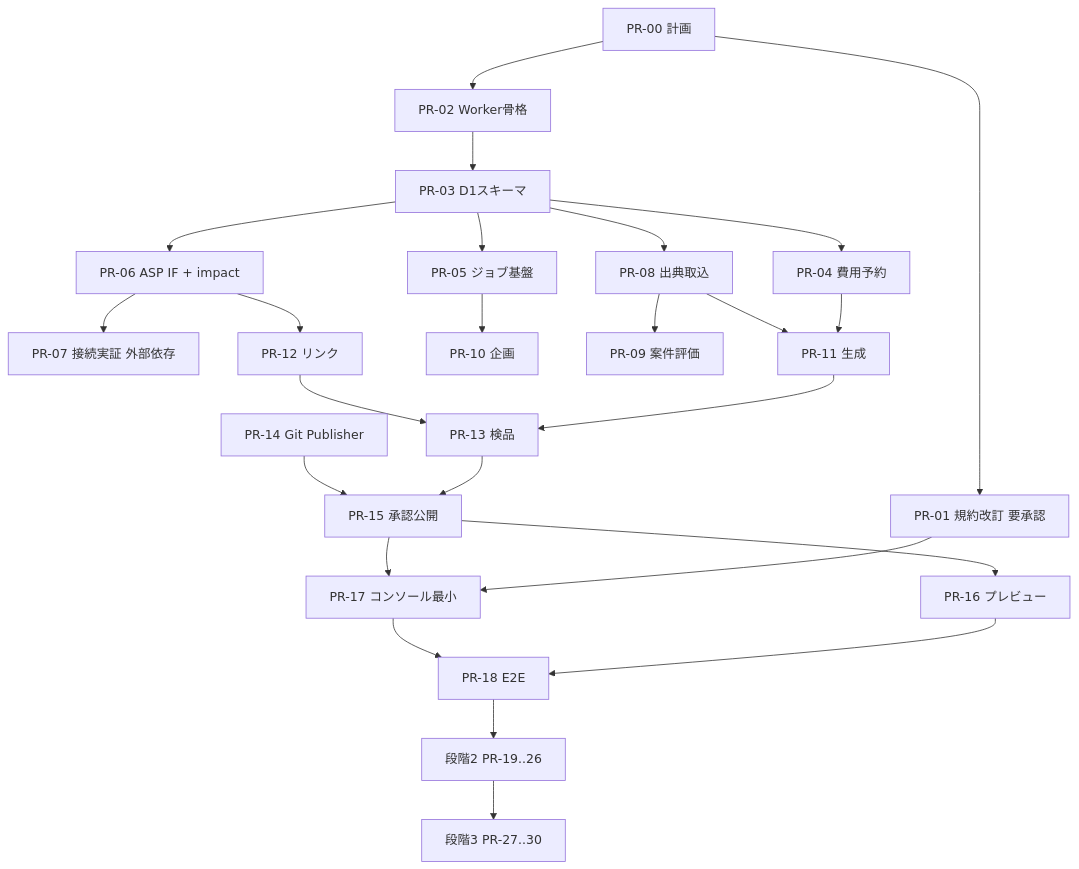
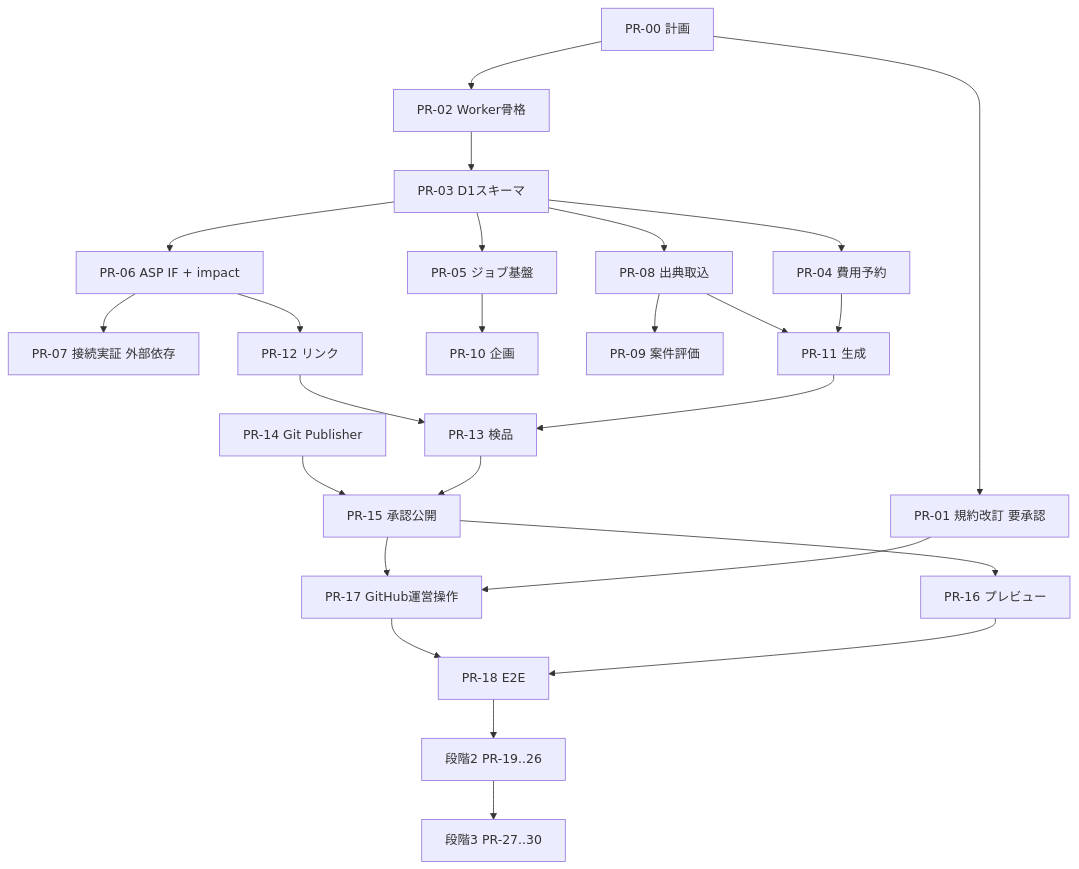
One commit to YuseiMorimoto/headresCMS changed the second of 2 diagrams in docs/11-automation-plan.md. Above: the diagram before and after it, drawn with Mermaid. The commit also changed other lines of this file and 4 other files, not shown here.

````diff
--- a/docs/11-automation-plan.md
+++ b/docs/11-automation-plan.md
@@ -209,27 +207,27 @@
 ```mermaid
 flowchart TD
   PR00[PR-00 計画] --> PR01[PR-01 規約改訂 要承認]
   PR00 --> PR02[PR-02 Worker骨格]
   PR02 --> PR03[PR-03 D1スキーマ]
   PR03 --> PR04[PR-04 費用予約]
   PR03 --> PR05[PR-05 ジョブ基盤]
   PR03 --> PR06[PR-06 ASP IF + impact]
   PR06 --> PR07[PR-07 接続実証 外部依存]
-  PR01 --> PR17
+  PR01 --> PR17[PR-17 GitHub運営操作]
   PR04 --> PR11
   PR05 --> PR10[PR-10 企画]
   PR03 --> PR08[PR-08 出典取込]
   PR08 --> PR09[PR-09 案件評価]
   PR08 --> PR11[PR-11 生成]
   PR06 --> PR12[PR-12 リンク]
   PR11 --> PR13[PR-13 検品]
   PR12 --> PR13
   PR13 --> PR15[PR-15 承認公開]
   PR14[PR-14 Git Publisher] --> PR15
   PR15 --> PR16[PR-16 プレビュー]
-  PR15 --> PR17[PR-17 コンソール最小]
+  PR15 --> PR17
   PR16 --> PR18[PR-18 E2E]
   PR17 --> PR18
   PR18 --> stage2[段階2 PR-19..26]
   stage2 --> stage3[段階3 PR-27..30]
 ```
````
